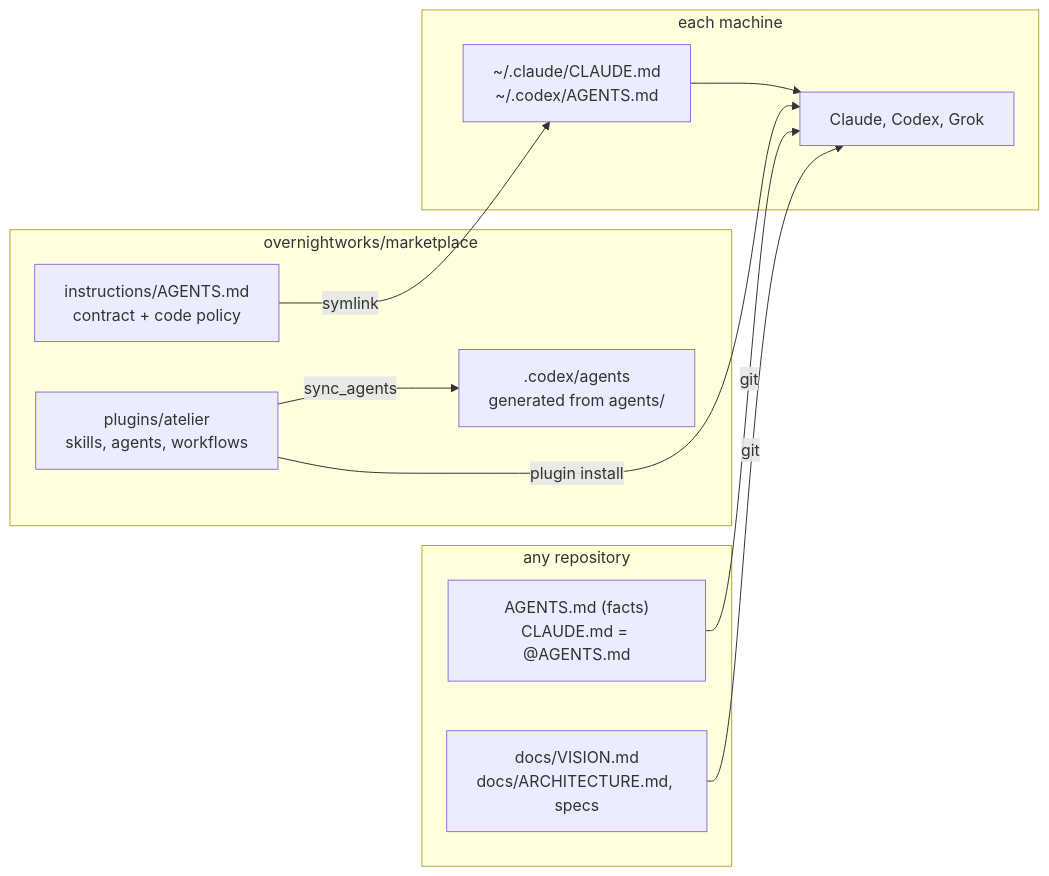
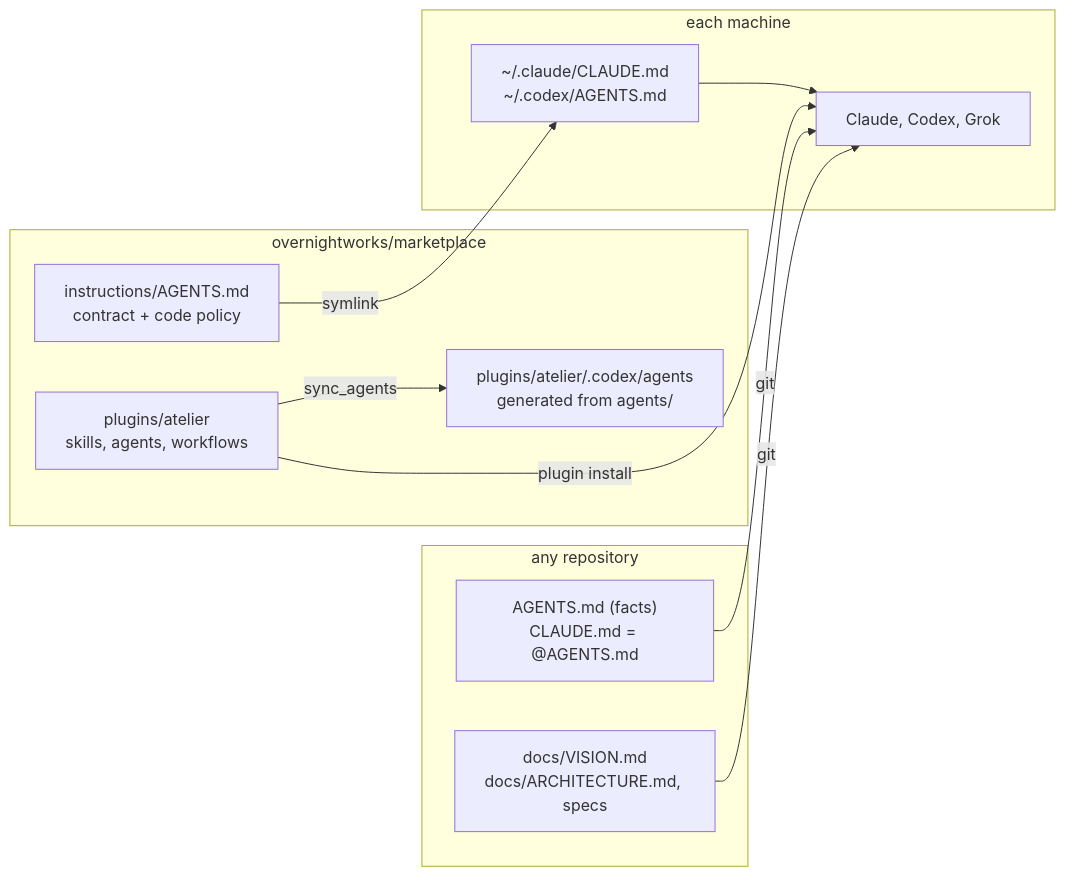
One commit to overnightworks/marketplace changed the diagram in docs/ARCHITECTURE.md. Above: the diagram before and after it, drawn with Mermaid.

Commit message:
Label the generated agents with their real path in the diagram

````diff
--- a/docs/ARCHITECTURE.md
+++ b/docs/ARCHITECTURE.md
@@ -19,21 +19,21 @@
 ```mermaid
 flowchart LR
     subgraph marketplace["overnightworks/marketplace"]
         contract["instructions/AGENTS.md<br/>contract + code policy"]
         plugin["plugins/atelier<br/>skills, agents, workflows"]
-        codexagents[".codex/agents<br/>generated from agents/"]
+        codexagents["plugins/atelier/.codex/agents<br/>generated from agents/"]
     end
     subgraph machine["each machine"]
         userfiles["~/.claude/CLAUDE.md<br/>~/.codex/AGENTS.md"]
         host["Claude, Codex, Grok"]
     end
     subgraph repository["any repository"]
         facts["AGENTS.md (facts)<br/>CLAUDE.md = @AGENTS.md"]
         docs["docs/VISION.md<br/>docs/ARCHITECTURE.md, specs"]
     end
     contract -- symlink --> userfiles --> host
     plugin -- plugin install --> host
     plugin -- sync_agents --> codexagents
     facts -- git --> host
     docs -- git --> host
 ```
````
